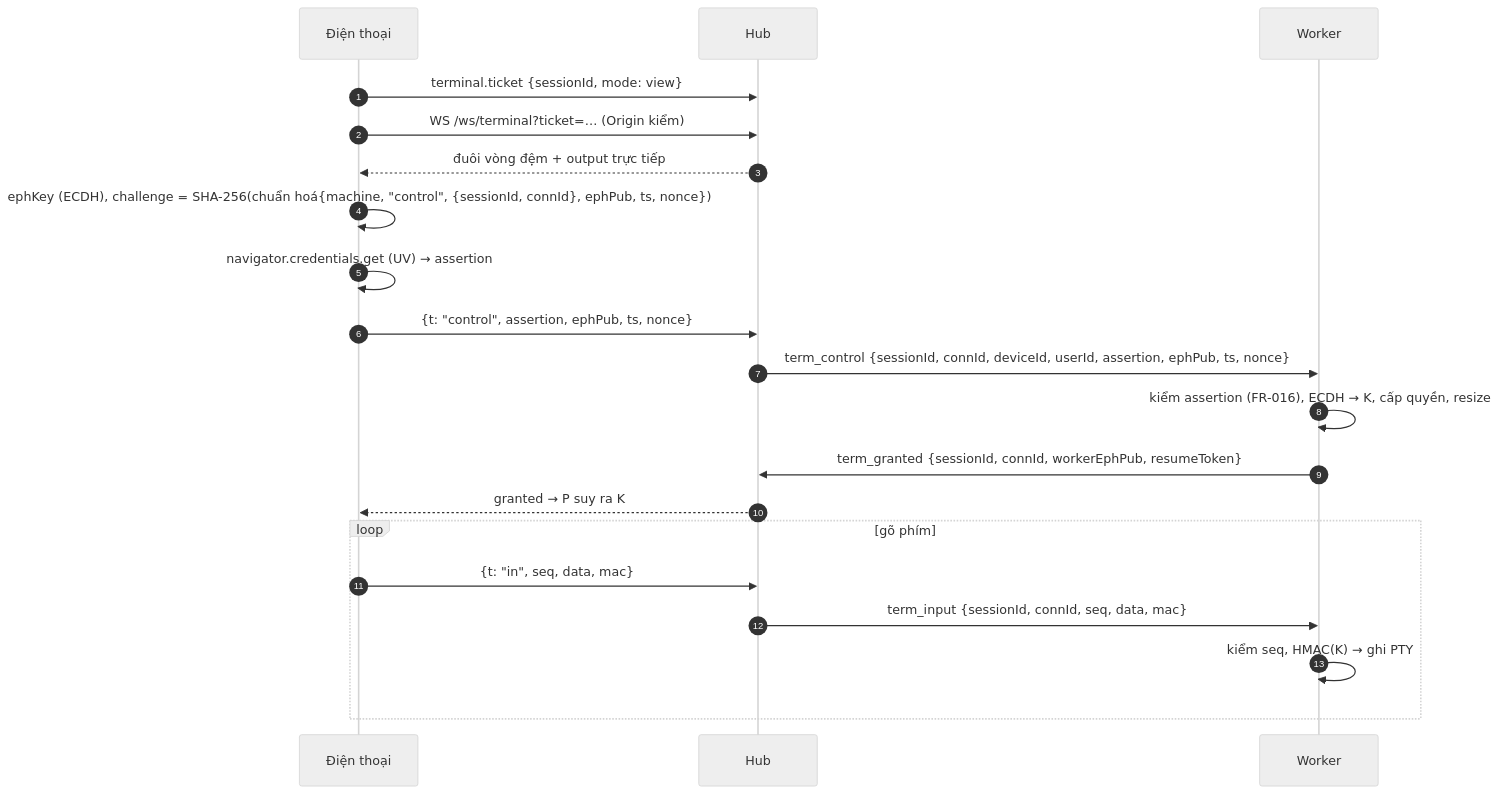
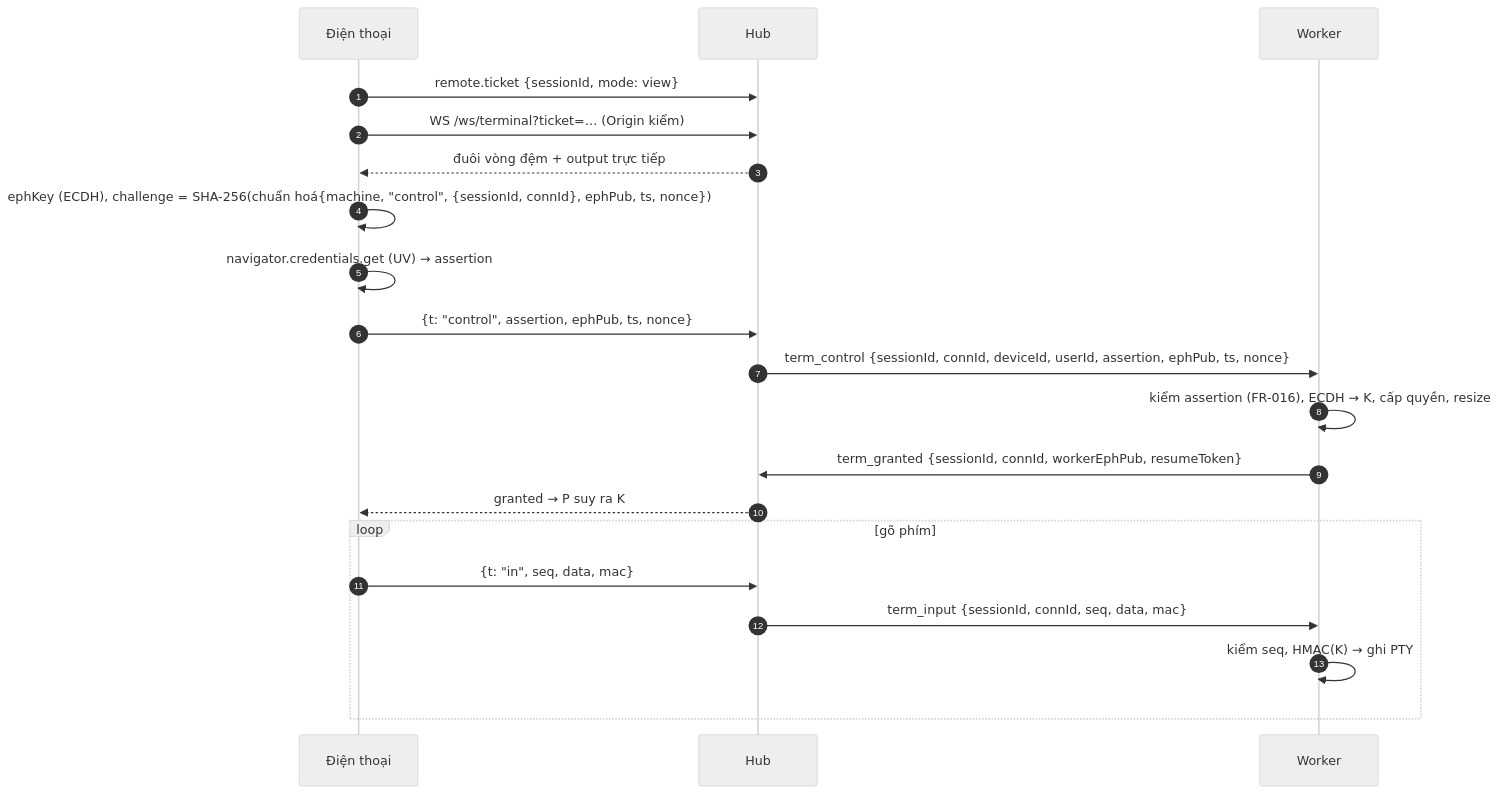
The fourth of 4 diagrams in specs/010-hive-cli-remote/plan.md (tdduydev/xdev-hive), drawn with Mermaid (neutral theme) before and after one commit. The commit also changed other lines of this file and 3 other files, not shown here.

````diff
--- a/specs/010-hive-cli-remote/plan.md
+++ b/specs/010-hive-cli-remote/plan.md
@@ -187,22 +188,22 @@
 ```mermaid
 sequenceDiagram
   autonumber
   participant P as Điện thoại
   participant H as Hub
   participant W as Worker
-  P->>H: terminal.ticket {sessionId, mode: view}
+  P->>H: remote.ticket {sessionId, mode: view}
   P->>H: WS /ws/terminal?ticket=… (Origin kiểm)
   H-->>P: đuôi vòng đệm + output trực tiếp
   P->>P: ephKey (ECDH), challenge = SHA-256(chuẩn hoá{machine, "control", {sessionId, connId}, ephPub, ts, nonce})
   P->>P: navigator.credentials.get (UV) → assertion
   P->>H: {t: "control", assertion, ephPub, ts, nonce}
   H->>W: term_control {sessionId, connId, deviceId, userId, assertion, ephPub, ts, nonce}
   W->>W: kiểm assertion (FR-016), ECDH → K, cấp quyền, resize
   W->>H: term_granted {sessionId, connId, workerEphPub, resumeToken}
   H-->>P: granted → P suy ra K
   loop gõ phím
     P->>H: {t: "in", seq, data, mac}
     H->>W: term_input {sessionId, connId, seq, data, mac}
     W->>W: kiểm seq, HMAC(K) → ghi PTY
   end
 ```
````
